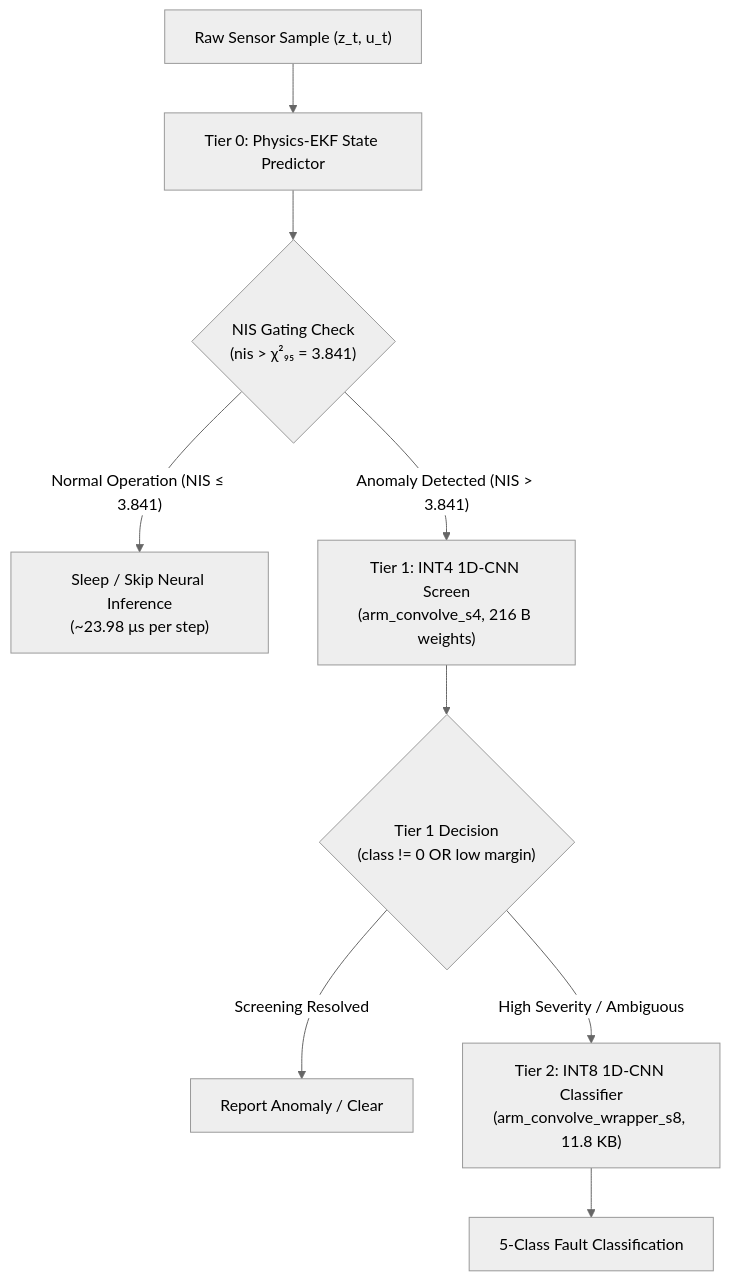
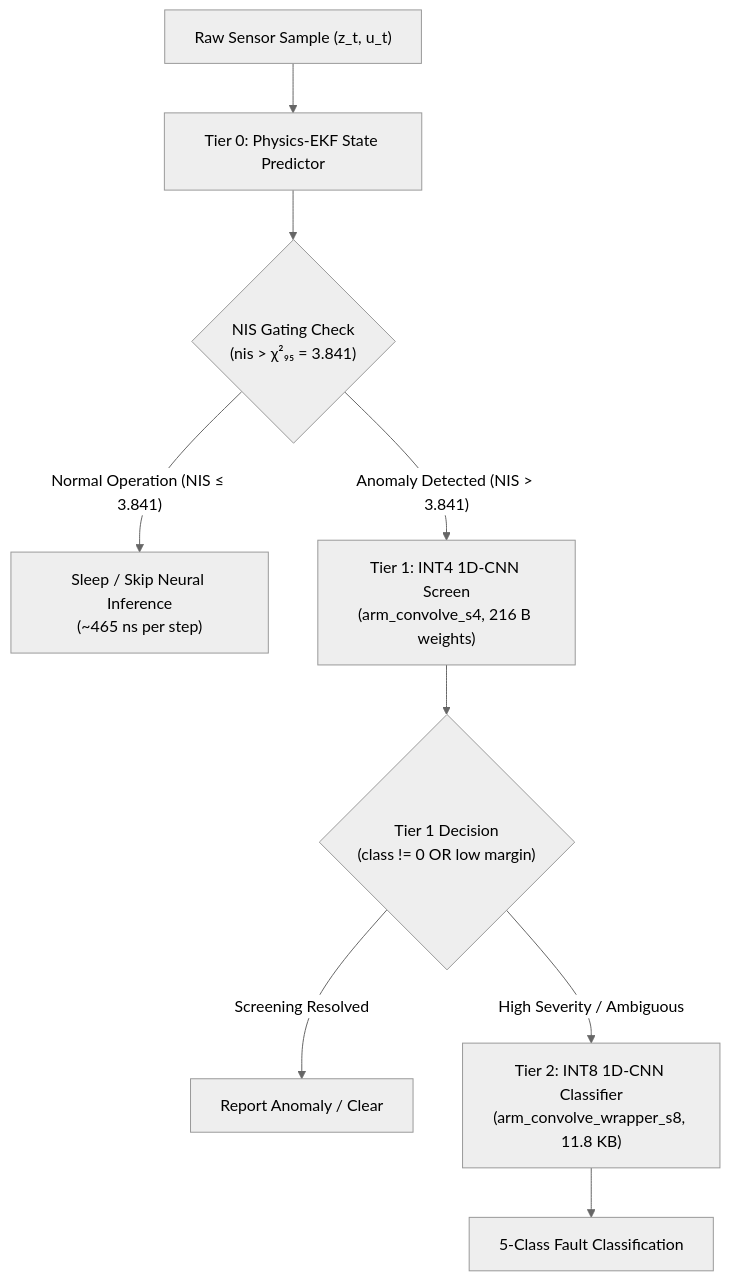
The diagram in README.md (Vignesh-Er/ARM-AI-Optimisation-challenge_2026), drawn with Mermaid (neutral theme) before and after one commit. The commit also changed other lines of this file and 2 other files, not shown here.

Commit message:
docs: reconcile architecture diagram latency, 96-test count, and FVP execution evidence

````diff
--- a/README.md
+++ b/README.md
@@ -28,11 +28,11 @@
 ```mermaid
 graph TD
     A["Raw Sensor Sample (z_t, u_t)"] --> B["Tier 0: Physics-EKF State Predictor"]
     B --> C{"NIS Gating Check\n(nis > χ²₉₅ = 3.841)"}
-    C -- "Normal Operation (NIS ≤ 3.841)" --> D["Sleep / Skip Neural Inference\n(~23.98 μs per step)"]
+    C -- "Normal Operation (NIS ≤ 3.841)" --> D["Sleep / Skip Neural Inference\n(~465 ns per step)"]
     C -- "Anomaly Detected (NIS > 3.841)" --> E["Tier 1: INT4 1D-CNN Screen\n(arm_convolve_s4, 216 B weights)"]
     E --> F{"Tier 1 Decision\n(class != 0 OR low margin)"}
     F -- "Screening Resolved" --> G["Report Anomaly / Clear"]
     F -- "High Severity / Ambiguous" --> H["Tier 2: INT8 1D-CNN Classifier\n(arm_convolve_wrapper_s8, 11.8 KB)"]
     H --> I["5-Class Fault Classification"]
 ```
````
